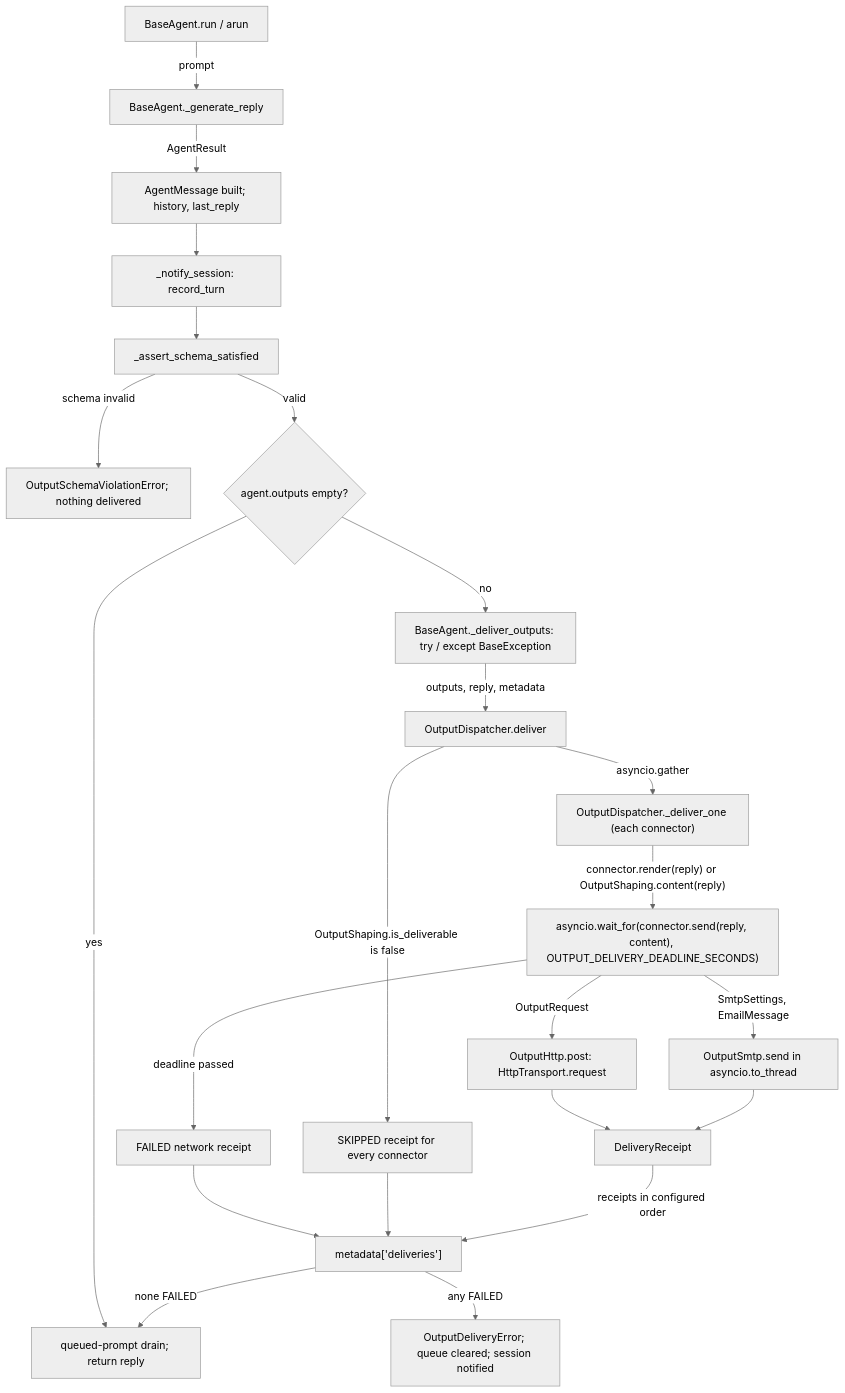
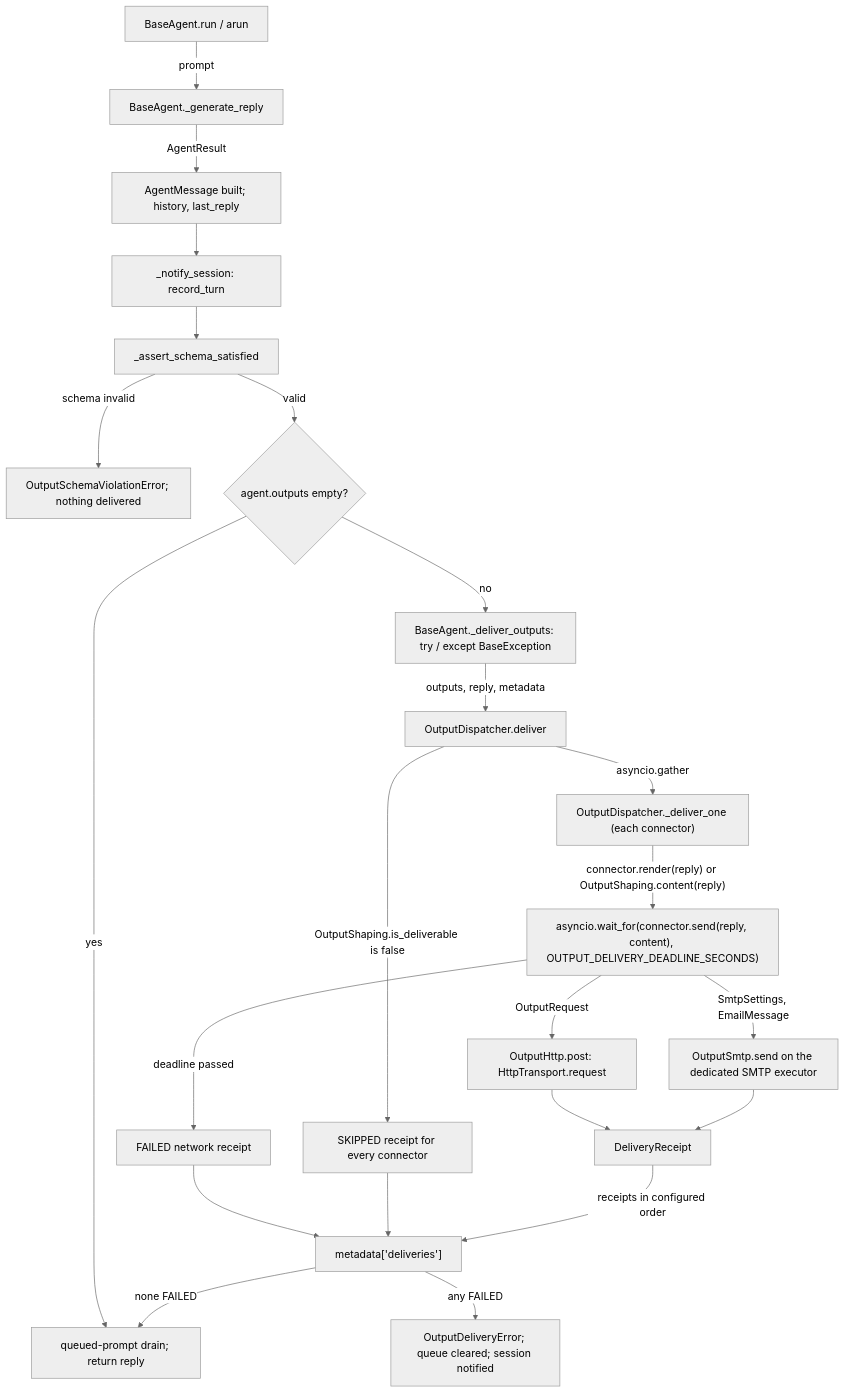
The first of 2 diagrams in docs/spec/agent-output-connectors/spec.md (cerredz/Vidbyte-SDK), drawn with Mermaid (neutral theme) before and after one commit. The commit also changed other lines of this file and 1 other file, not shown here.

Commit message:
docs(spec): revise agent-output-connectors spec r6 (align with S4 verified findings)

````diff
--- a/docs/spec/agent-output-connectors/spec.md
+++ b/docs/spec/agent-output-connectors/spec.md
@@ -132,25 +132,25 @@
 ```mermaid
 flowchart TD
   A["BaseAgent.run / arun"] -->|prompt| B["BaseAgent._generate_reply"]
   B -->|AgentResult| C["AgentMessage built; history, last_reply"]
   C --> D["_notify_session: record_turn"]
   D --> E["_assert_schema_satisfied"]
   E -->|schema invalid| X["OutputSchemaViolationError; nothing delivered"]
   E -->|valid| F{"agent.outputs empty?"}
   F -->|yes| Q["queued-prompt drain; return reply"]
   F -->|no| G["BaseAgent._deliver_outputs: try / except BaseException"]
   G -->|outputs, reply, metadata| H["OutputDispatcher.deliver"]
   H -->|"OutputShaping.is_deliverable is false"| S["SKIPPED receipt for every connector"]
   H -->|"asyncio.gather"| I["OutputDispatcher._deliver_one (each connector)"]
   I -->|"connector.render(reply) or OutputShaping.content(reply)"| J["asyncio.wait_for(connector.send(reply, content), OUTPUT_DELIVERY_DEADLINE_SECONDS)"]
   J -->|"deadline passed"| T["FAILED network receipt"]
   J -->|OutputRequest| K["OutputHttp.post: HttpTransport.request"]
-  J -->|SmtpSettings, EmailMessage| L["OutputSmtp.send in asyncio.to_thread"]
+  J -->|SmtpSettings, EmailMessage| L["OutputSmtp.send on the dedicated SMTP executor"]
   K --> R["DeliveryReceipt"]
   L --> R
   T --> M
   S --> M
   R -->|receipts in configured order| M["metadata['deliveries']"]
   M -->|any FAILED| N["OutputDeliveryError; queue cleared; session notified"]
   M -->|none FAILED| Q
 ```
````
